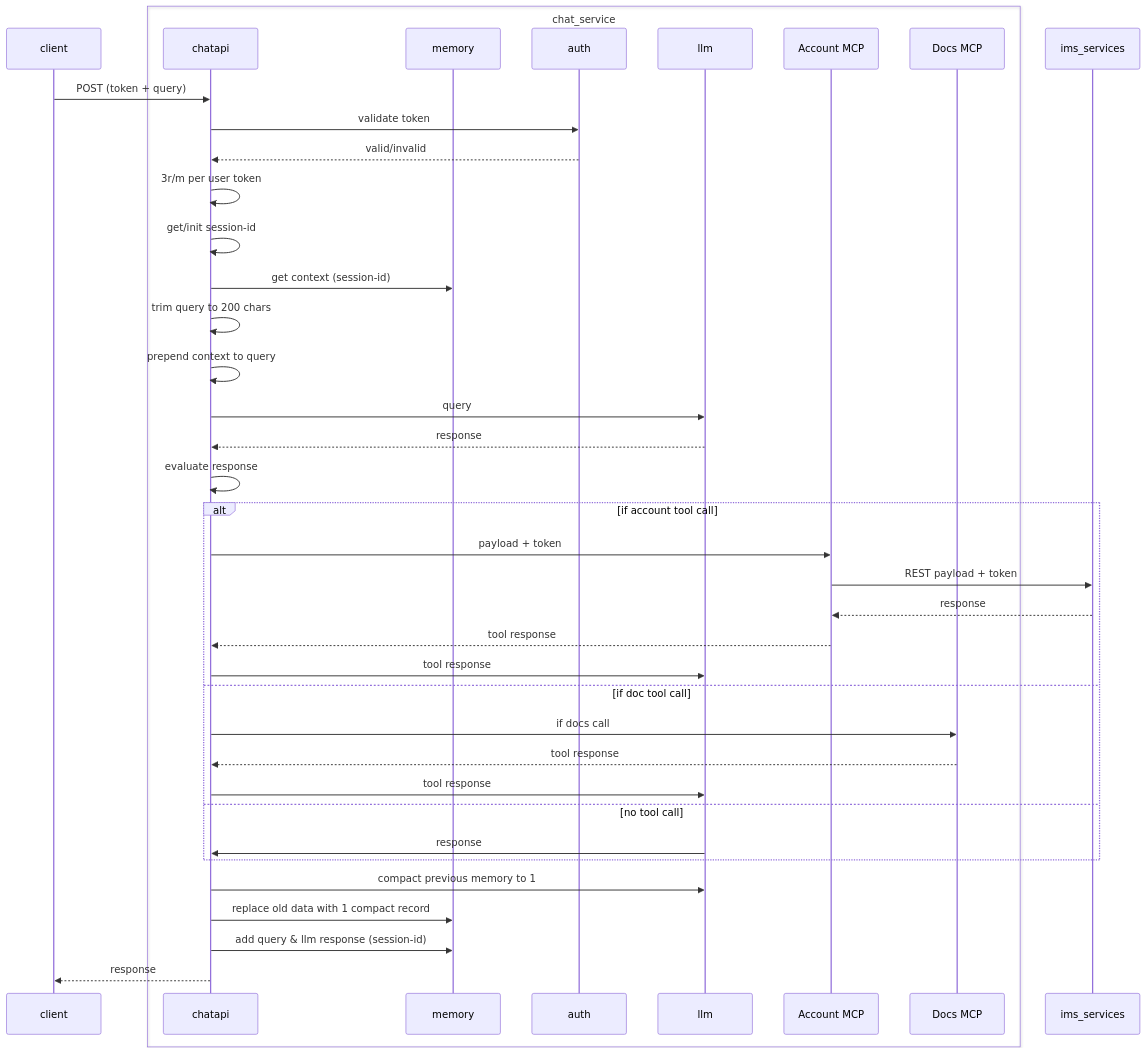
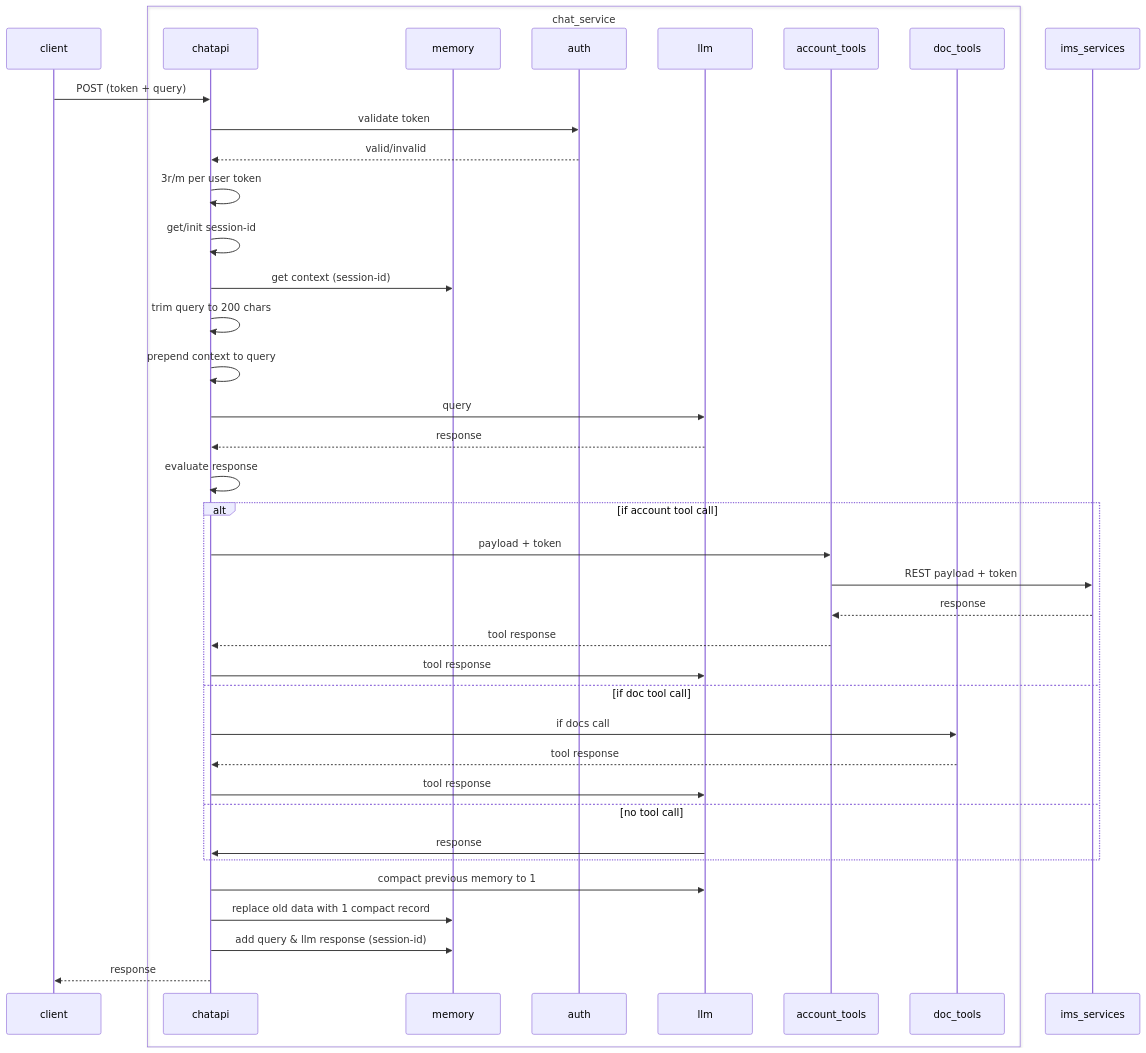
One commit to vikrantjain/nobious_chatbot changed the second of 4 diagrams in docs/architecture.md. Above: the diagram before and after it, drawn with Mermaid. The commit also changed other lines of this file, not shown here.

Commit message:
removed mcp from architecture

````diff
--- a/docs/architecture.md
+++ b/docs/architecture.md
@@ -47,41 +47,41 @@
 ```mermaid
 sequenceDiagram
 participant client
 box chat_service
 participant chatapi
 participant memory
 participant auth
 participant llm
-participant account_tools as Account MCP
-participant doc_tools as Docs MCP
+participant account_tools
+participant doc_tools
 end
 participant ims_services
 client ->> chatapi: POST (token + query)
 chatapi ->> auth: validate token
 auth -->> chatapi: valid/invalid
 chatapi ->> chatapi: 3r/m per user token
 chatapi ->> chatapi: get/init session-id
 chatapi ->> memory: get context (session-id)
 chatapi ->> chatapi: trim query to 200 chars
 chatapi ->> chatapi: prepend context to query
 chatapi ->> llm: query
 llm -->> chatapi: response
 chatapi ->> chatapi: evaluate response
 alt if account tool call
 chatapi ->> account_tools: payload + token
 account_tools ->> ims_services: REST payload + token
 ims_services -->> account_tools: response
 account_tools -->> chatapi: tool response
 chatapi ->> llm: tool response
 else if doc tool call
 chatapi ->> doc_tools: if docs call
 doc_tools -->> chatapi: tool response
 chatapi ->> llm: tool response
 else no tool call
 llm ->> chatapi: response
 end
 chatapi ->> llm: compact previous memory to 1
 chatapi ->> memory: replace old data with 1 compact record
 chatapi ->> memory: add query & llm response (session-id)
 chatapi -->> client: response
 ```
````
